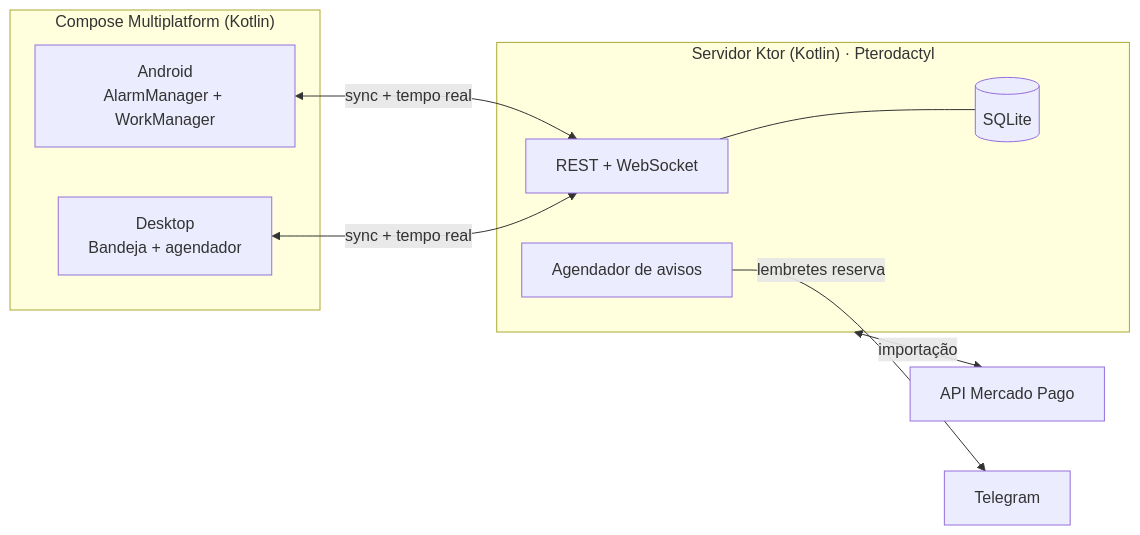
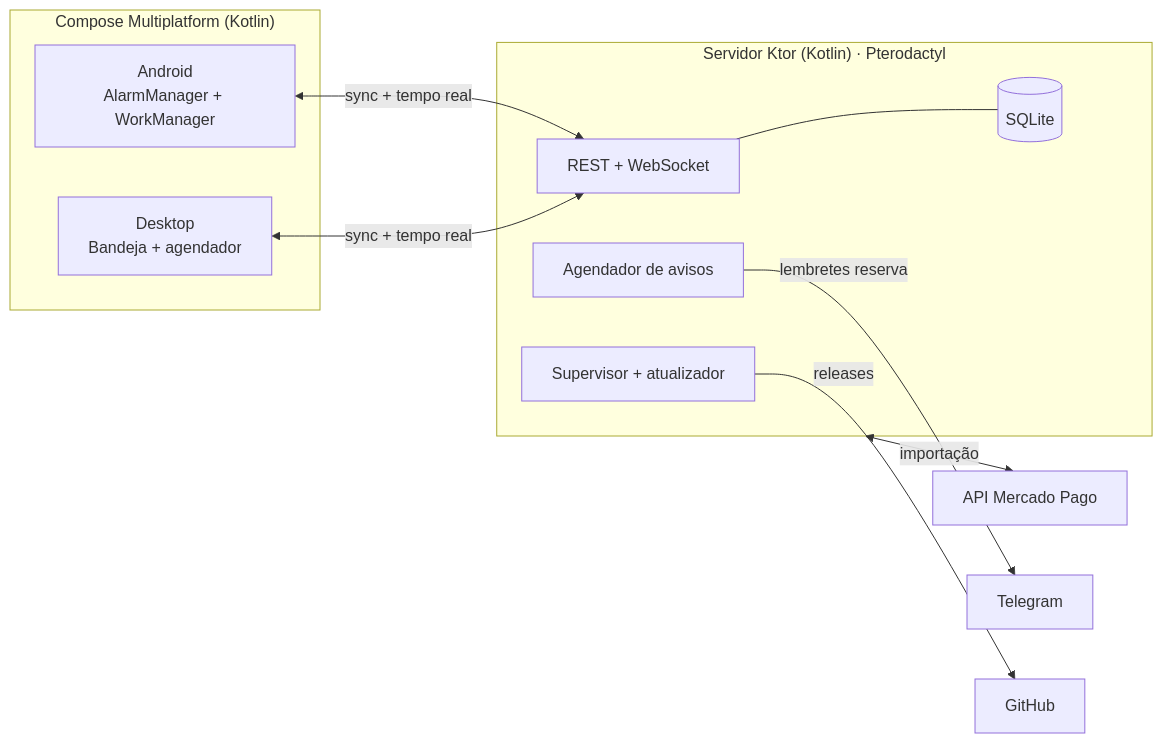
Before and after one commit to zyypj/zentro: the diagram in README.md, drawn with Mermaid. The commit also changed other lines of this file and 1 other file, not shown here.

````diff
--- a/README.md
+++ b/README.md
@@ -48,17 +79,19 @@
 ```mermaid
 flowchart LR
     subgraph Apps["Compose Multiplatform (Kotlin)"]
         A[Android<br/>AlarmManager + WorkManager]
         D[Desktop<br/>Bandeja + agendador]
     end
     subgraph S["Servidor Ktor (Kotlin) · Pterodactyl"]
         API[REST + WebSocket]
         DB[(SQLite)]
         R[Agendador de avisos]
+        U[Supervisor + atualizador]
     end
     A <-->|sync + tempo real| API
     D <-->|sync + tempo real| API
     API --- DB
     R -->|lembretes reserva| TG[Telegram]
     S <-->|importação| MP[API Mercado Pago]
+    U -->|releases| GH[GitHub]
 ```
````
